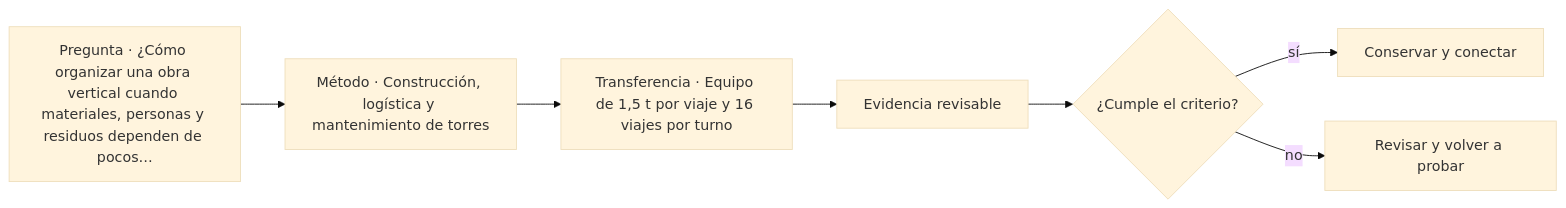
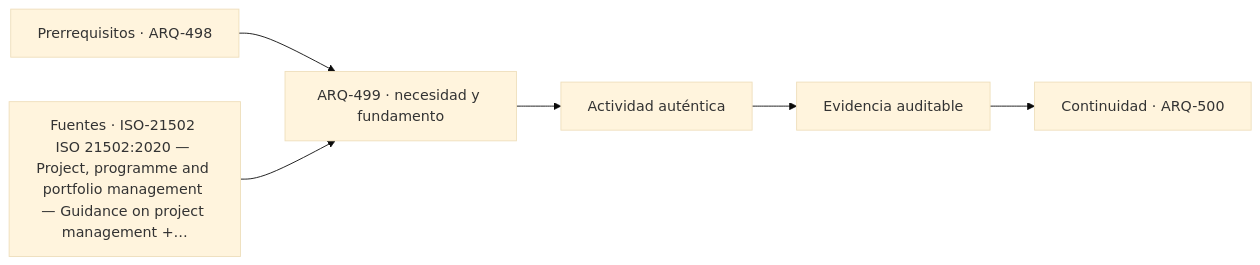
The diagram in classes/parte-50/ARQ-499.md (vladimiracunadev-create/architecture-built-environment-learning-program), drawn with Mermaid (base theme) before and after one commit. The commit also changed other lines of this file and 761 other files, not shown here.

````diff
--- a/classes/parte-50/ARQ-499.md
+++ b/classes/parte-50/ARQ-499.md
@@ -89,9 +101,8 @@
 ```mermaid
 flowchart LR
-    Q["Pregunta · ¿Cómo organizar una obra vertical cuando materiales, personas y residuos dependen de pocos…"] --> M["Método · Construcción, logística y mantenimiento de torres"]
-    M --> P["Transferencia · Equipo de 1,5 t por viaje y 16 viajes por turno"]
-    P --> E["Evidencia revisable"]
-    E --> C{"¿Cumple el criterio?"}
-    C -->|sí| T["Conservar y conectar"]
-    C -->|no| R["Revisar y volver a probar"]
+    A["Prerrequisitos · ARQ-498"] --> B["ARQ-499 · necesidad y fundamento"]
+    S["Fuentes · ISO-21502 ISO 21502:2020 — Project, programme and portfolio management — Guidance on project management +…"] --> B
+    B --> C["Actividad auténtica"]
+    C --> D["Evidencia auditable"]
+    D --> E["Continuidad · ARQ-500"]
 ```
````
